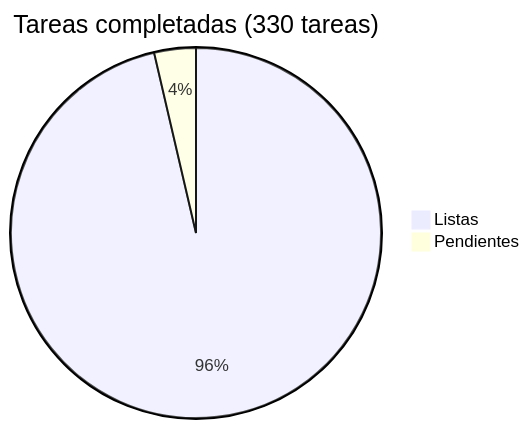
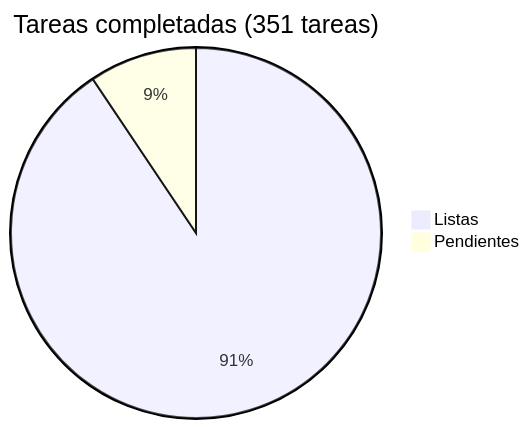
The diagram in docs/roadmap/README.md (araguaney-lat/araguaney), drawn with Mermaid before and after one commit. The commit also changed other lines of this file and 1 other file, not shown here.

First line of the commit message:
docs(roadmap): agrega Fase 17 (AEO/GEO + expansión de keywords) (#137)

````diff
--- a/docs/roadmap/README.md
+++ b/docs/roadmap/README.md
@@ -5,5 +5,5 @@
 ```mermaid
-pie title Tareas completadas (330 tareas)
+pie title Tareas completadas (351 tareas)
     "Listas" : 318
-    "Pendientes" : 12
+    "Pendientes" : 33
 ```
````
